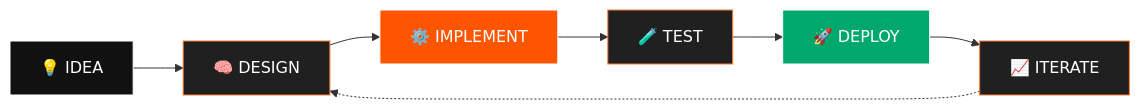
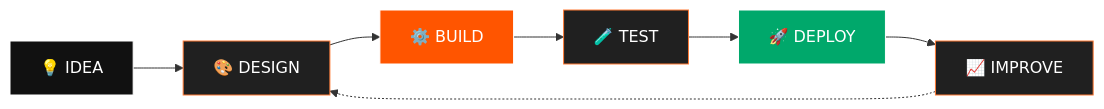
The eighth of 8 diagrams in README.md (AkshatRaj00/cutout-studio), drawn with Mermaid before and after one commit. The commit also changed other lines of this file, not shown here.

````diff
--- a/README.md
+++ b/README.md
@@ -521,18 +419,18 @@
 ```mermaid
 flowchart LR
 
-    A["💡 IDEA"] --> B["🧠 DESIGN"]
-    B --> C["⚙️ IMPLEMENT"]
+    A["💡 IDEA"] --> B["🎨 DESIGN"]
+    B --> C["⚙️ BUILD"]
     C --> D["🧪 TEST"]
     D --> E["🚀 DEPLOY"]
-    E --> F["📈 ITERATE"]
+    E --> F["📈 IMPROVE"]
 
     F -.-> B
 
     style A fill:#111111,stroke:#ffffff,color:#ffffff
     style B fill:#202020,stroke:#ff7a35,color:#ffffff
     style C fill:#ff5500,stroke:#ffffff,color:#ffffff
     style D fill:#202020,stroke:#ff7a35,color:#ffffff
     style E fill:#00a86b,stroke:#ffffff,color:#ffffff
     style F fill:#202020,stroke:#ff7a35,color:#ffffff
 ```
````
